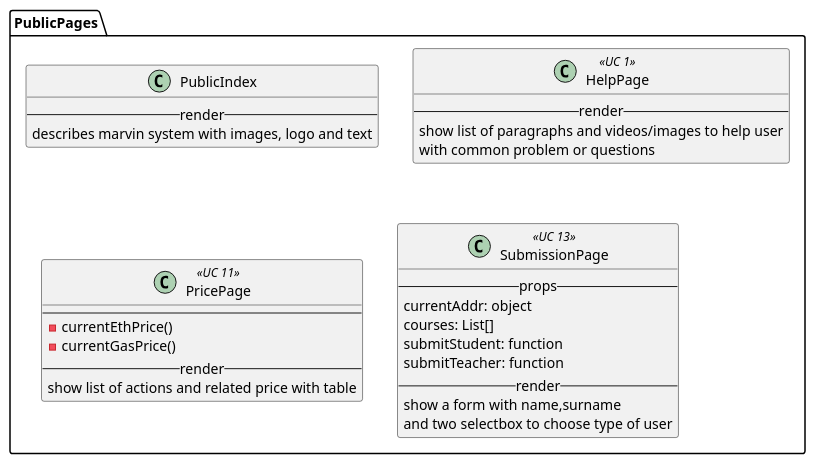
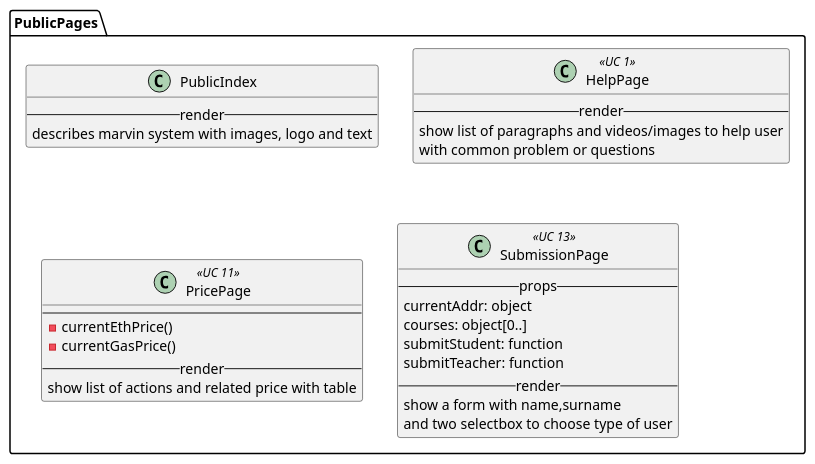
The diagram in react/public/index.iuml (M9k/Marvin-Uml), drawn with PlantUML before and after one commit. The commit also changed 4 other files, not shown here.

```diff
--- a/react/public/index.iuml
+++ b/react/public/index.iuml
@@ -1,33 +1,33 @@
 package PublicPages {
 
   class PublicIndex {
     --render--
     describes marvin system with images, logo and text
   }
 
   class HelpPage <<UC 1>>{
     --render--
     show list of paragraphs and videos/images to help user
     with common problem or questions
   }
 
   class PricePage <<UC 11>> {
     ----
     - currentEthPrice()
     - currentGasPrice()
     --render--
     show list of actions and related price with table
   }
 
   class SubmissionPage <<UC 13>> {
     --props--
     currentAddr: object
-    courses: List[]
+    courses: object[0..]
     submitStudent: function
     submitTeacher: function
     --render--
     show a form with name,surname
     and two selectbox to choose type of user
   }
 
 }
```
